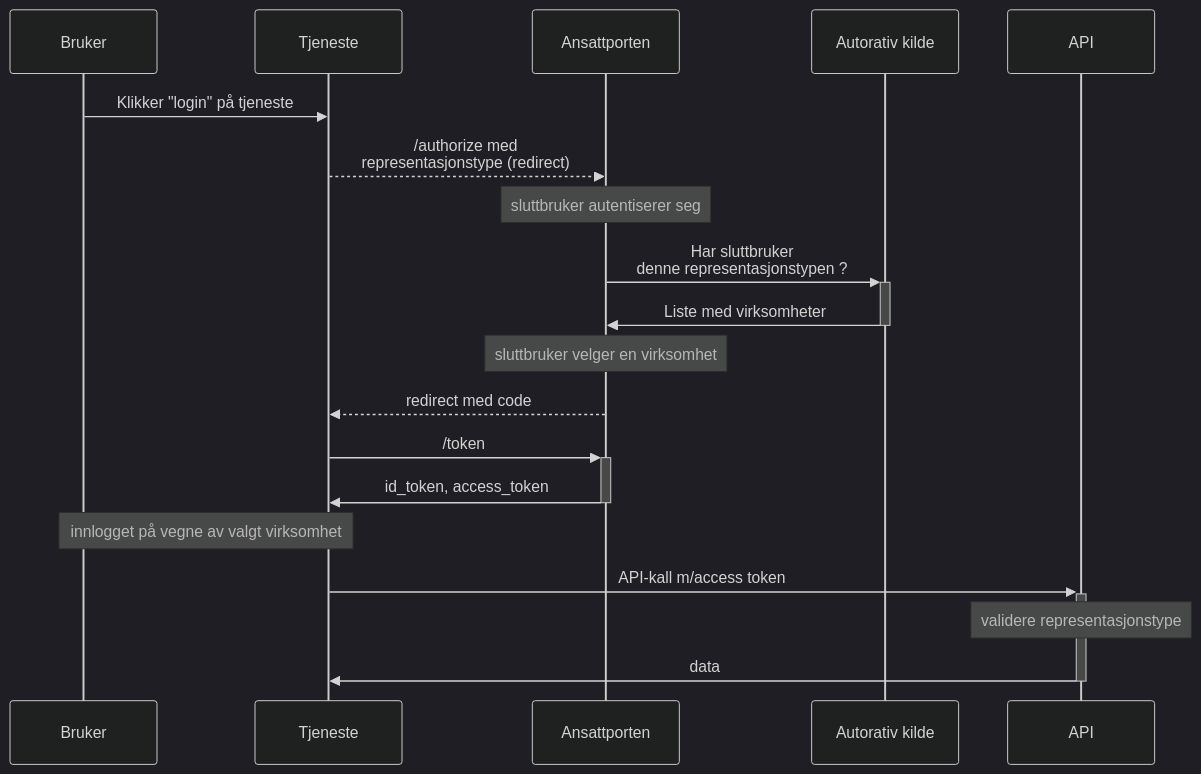
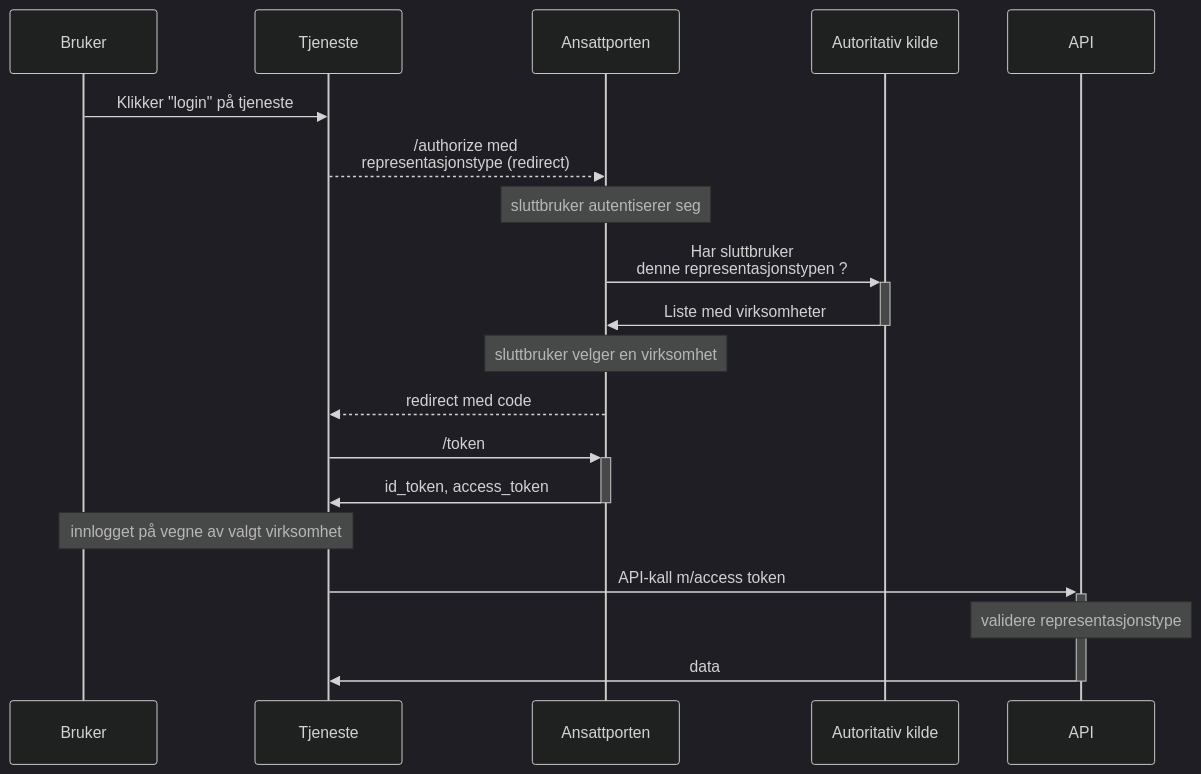
The diagram in _docs/ansattporten/ansattporten_datadeling.md (felleslosninger/docs), drawn with Mermaid (dark theme) before and after one commit. The commit also changed 9 other files, not shown here.

```diff
--- a/_docs/ansattporten/ansattporten_datadeling.md
+++ b/_docs/ansattporten/ansattporten_datadeling.md
@@ -37,25 +37,25 @@
 <div class="mermaid">
 sequenceDiagram
 
 participant B as Bruker
 participant C as Tjeneste
 participant A as Ansattporten
-participant S as Autorativ kilde
+participant S as Autoritativ kilde
 participant T as API
 
 B->>C: Klikker "login" på tjeneste
 C-->>A: /authorize med <br/>representasjonstype (redirect)
 note over A: sluttbruker autentiserer seg
 A->>+S: Har sluttbruker <br/>denne representasjonstypen ?
 S->>-A: Liste med virksomheter
 note over A: sluttbruker velger en virksomhet
 A-->>C: redirect med code
 C->>+A: /token
 A->>-C: id_token, access_token
 note over B,C: innlogget på vegne av valgt virksomhet
 
 C->>+T: API-kall m/access token
 note over T: validere representasjonstype
 T->>-C: data
 
 </div>
```
